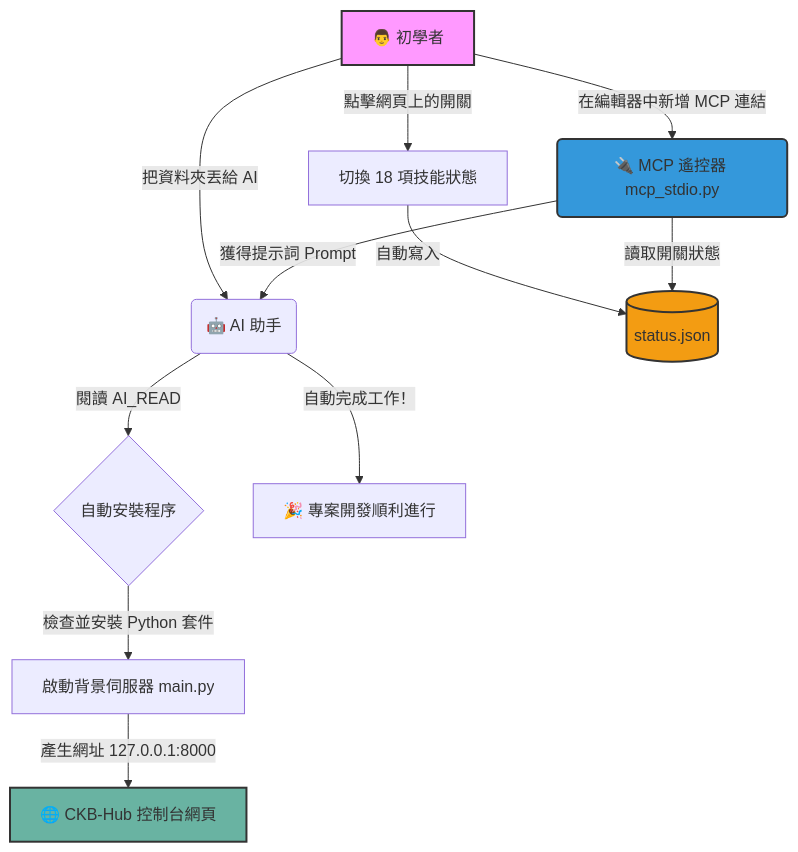
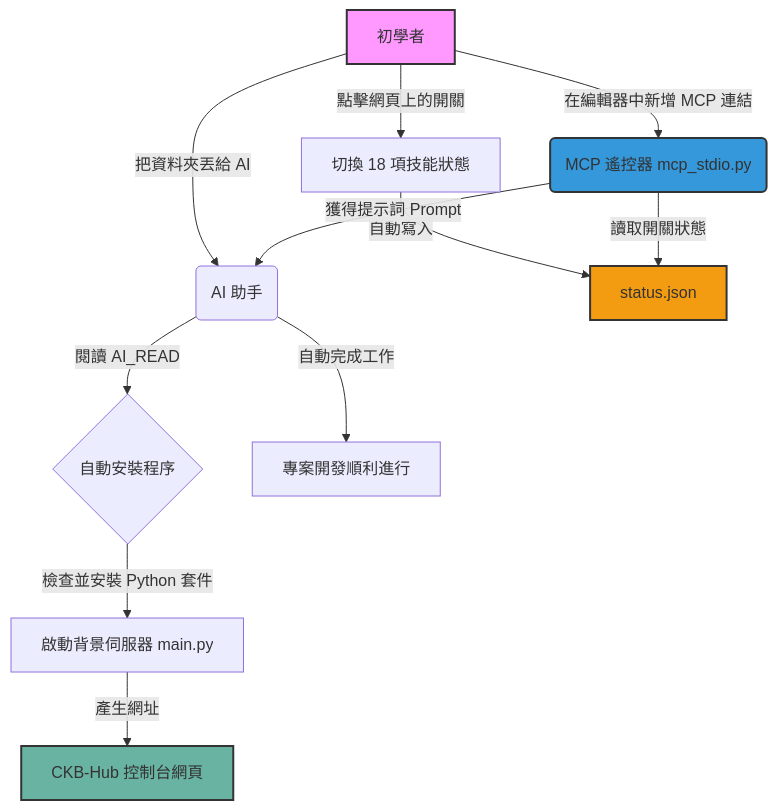
Before and after one commit to ckhotgav/ckb-hub: the diagram in 使用手冊.md, drawn with Mermaid.

Commit message:
docs: use ultra-safe vanilla mermaid syntax to prevent parsing crash

````diff
--- a/使用手冊.md
+++ b/使用手冊.md
@@ -64,20 +64,20 @@
 ```mermaid
 graph TD
-    A["👨 初學者"] -->|"把資料夾丟給 AI"| B("🤖 AI 助手")
-    B -->|"閱讀 AI_READ"| C{"自動安裝程序"}
-    C -->|"檢查並安裝 Python 套件"| D["啟動背景伺服器 main.py"]
-    D -->|"產生網址 127.0.0.1:8000"| E["🌐 CKB-Hub 控制台網頁"]
+    A[初學者] -->|把資料夾丟給 AI| B(AI 助手)
+    B -->|閱讀 AI_READ| C{自動安裝程序}
+    C -->|檢查並安裝 Python 套件| D[啟動背景伺服器 main.py]
+    D -->|產生網址| E[CKB-Hub 控制台網頁]
     
-    A -->|"點擊網頁上的開關"| F["切換 18 項技能狀態"]
-    F -->|"自動寫入"| G[("status.json")]
+    A -->|點擊網頁上的開關| F[切換 18 項技能狀態]
+    F -->|自動寫入| G[status.json]
     
-    A -->|"在編輯器中新增 MCP 連結"| H("🔌 MCP 遙控器 mcp_stdio.py")
-    H -->|"讀取開關狀態"| G
-    H -->|"獲得提示詞 Prompt"| B
-    B -->|"自動完成工作！"| I["🎉 專案開發順利進行"]
+    A -->|在編輯器中新增 MCP 連結| H(MCP 遙控器 mcp_stdio.py)
+    H -->|讀取開關狀態| G
+    H -->|獲得提示詞 Prompt| B
+    B -->|自動完成工作| I[專案開發順利進行]
     
     style A fill:#f9f,stroke:#333,stroke-width:2px
     style E fill:#69b3a2,stroke:#333,stroke-width:2px
     style G fill:#f39c12,stroke:#333,stroke-width:2px
     style H fill:#3498db,stroke:#333,stroke-width:2px
 ```
````
